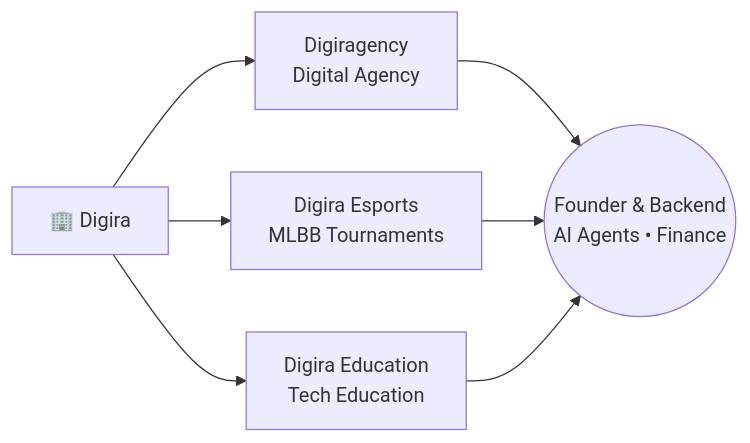
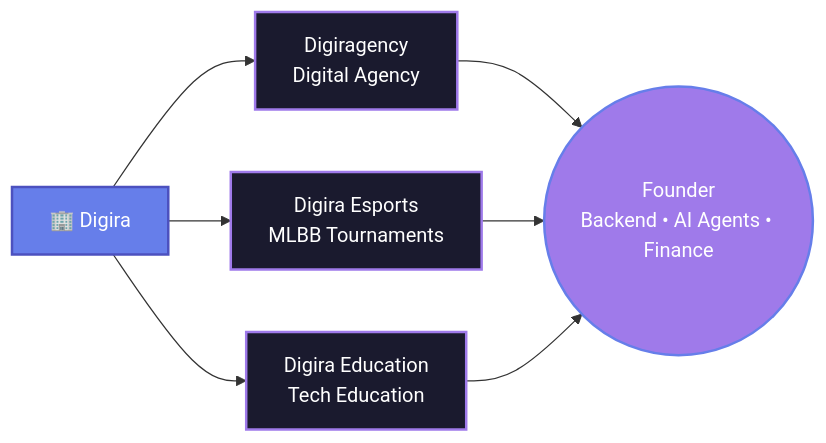
Before and after one commit to DDS3579/DDS3579: the diagram in README.md, drawn with Mermaid. The commit also changed other lines of this file, not shown here.

````diff
--- a/README.md
+++ b/README.md
@@ -60,9 +57,13 @@
 ```mermaid
 graph LR
-    A[🏢 Digira] --> B[Digiragency<br/>Digital Agency]
-    A --> C[Digira Esports<br/>MLBB Tournaments]
-    A --> D[Digira Education<br/>Tech Education]
-    B --> E((Founder & Backend<br/>AI Agents • Finance))
+    A[🏢 Digira]:::core --> B[Digiragency<br/>Digital Agency]:::branch
+    A --> C[Digira Esports<br/>MLBB Tournaments]:::branch
+    A --> D[Digira Education<br/>Tech Education]:::branch
+    B --> E((Founder<br/>Backend • AI Agents • Finance)):::founder
     C --> E
     D --> E
+
+    classDef core fill:#667eea,stroke:#4c51bf,stroke-width:2px,color:#fff
+    classDef branch fill:#1a1a2e,stroke:#9F7AEA,stroke-width:2px,color:#fff
+    classDef founder fill:#9F7AEA,stroke:#667eea,stroke-width:2px,color:#fff
 ```
````
